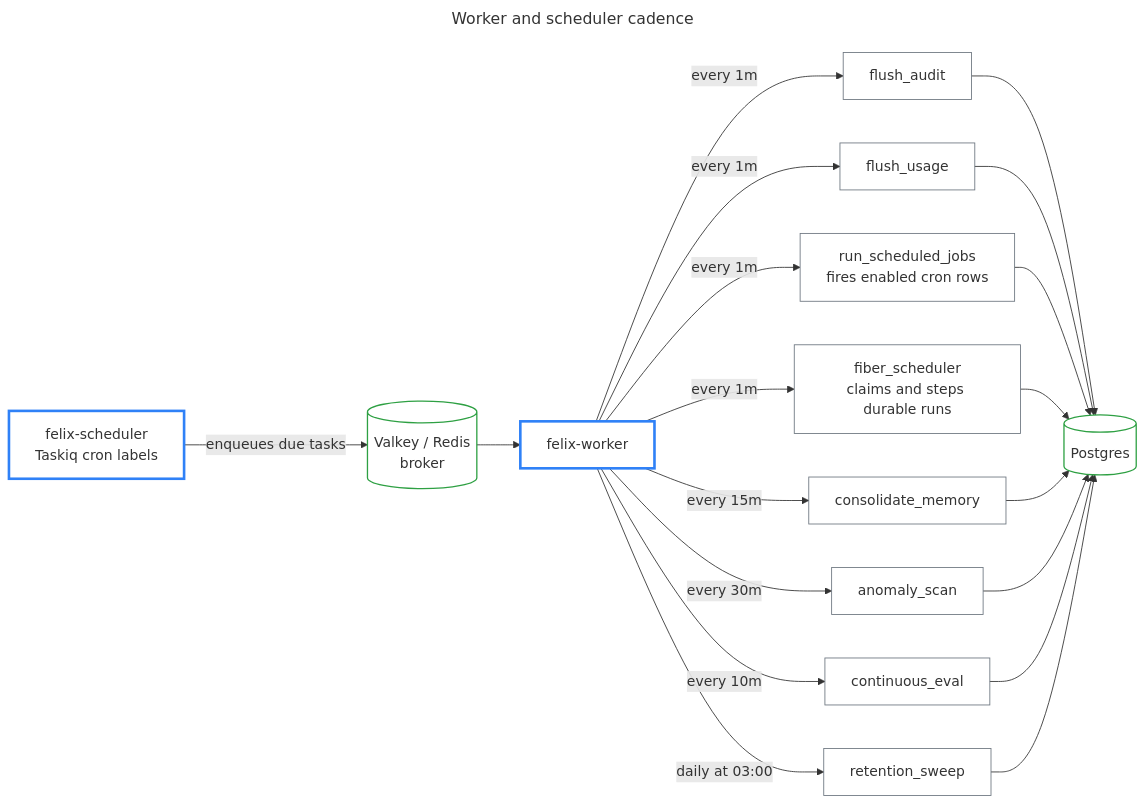
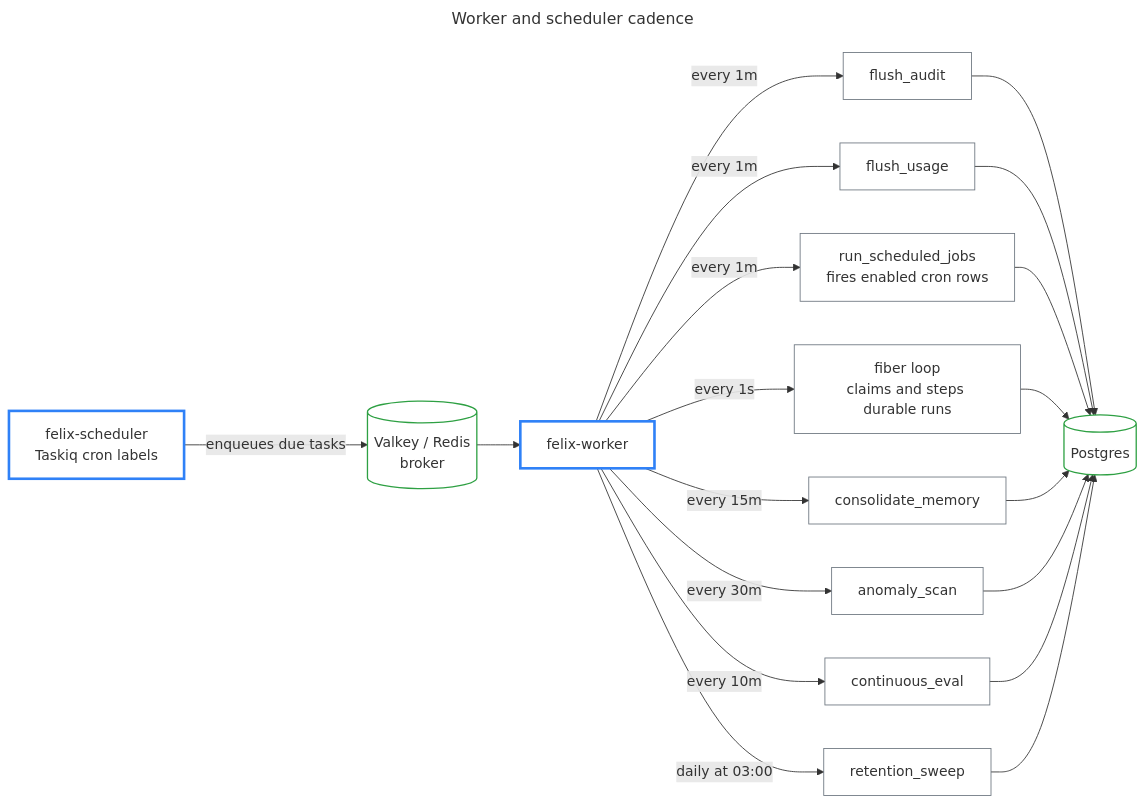
One commit to felix-run/felix changed the diagram in docs/diagrams/worker-cadence.mmd. Above: the diagram before and after it, drawn with Mermaid. The commit also changed 8 other files, not shown here.

First line of the commit message:
Start durable runs within a second, and stop one approval stalling the rest.

```diff
--- a/docs/diagrams/worker-cadence.mmd
+++ b/docs/diagrams/worker-cadence.mmd
@@ -1,37 +1,38 @@
 ---
 title: Worker and scheduler cadence
 ---
-%% Source of truth: apps/worker/src/felix_worker/tasks.py — Taskiq cron labels.
+%% Source of truth: apps/worker/src/felix_worker/tasks.py — Taskiq cron labels, plus the
+%% fiber loop `_start_fiber_loop` starts in each worker.
 flowchart LR
     accTitle: Everything periodic in Felix, and what fires it
-    accDescr: felix-scheduler holds the cron labels and felix-worker executes the tasks; running the worker without the scheduler means nothing fires at all, which is the most common deployment mistake. Seven built-in tasks run on their own cadences, and plugins that expose cron_tasks are registered at worker startup on a one-minute tick. The audit and usage flushes are the two that matter most for correctness — every other subsystem writes into their buffers and depends on this drain to reach Postgres.
+    accDescr: felix-scheduler holds the cron labels and felix-worker executes the tasks; running the worker without the scheduler means nothing fires at all, which is the most common deployment mistake. Seven built-in tasks run on their own cadences, and plugins that expose cron_tasks are registered at worker startup on a one-minute tick. Durable runs are not on the cron: each worker polls for them every FELIX_FIBER_POLL_SECONDS, one second by default, and the one-minute fiber_scheduler sweep is only the backstop. The audit and usage flushes are the two that matter most for correctness — every other subsystem writes into their buffers and depends on this drain to reach Postgres.
 
     sched["felix-scheduler<br/>Taskiq cron labels"] -->|"enqueues due tasks"| broker[("Valkey / Redis<br/>broker")]
     broker --> worker["felix-worker"]
 
     worker -->|"every 1m"| audit["flush_audit"]
     worker -->|"every 1m"| usage["flush_usage"]
     worker -->|"every 1m"| jobs["run_scheduled_jobs<br/>fires enabled cron rows"]
-    worker -->|"every 1m"| fibers["fiber_scheduler<br/>claims and steps durable runs"]
+    worker -->|"every 1s"| fibers["fiber loop<br/>claims and steps durable runs"]
     worker -->|"every 15m"| mem["consolidate_memory"]
     worker -->|"every 30m"| anom["anomaly_scan"]
     worker -->|"every 10m"| ceval["continuous_eval"]
     worker -->|"daily at 03:00"| ret["retention_sweep"]
 
     audit --> pg[("Postgres")]
     usage --> pg
     jobs --> pg
     fibers --> pg
     mem --> pg
     anom --> pg
     ceval --> pg
     ret --> pg
 
     class sched focal
     class worker focal
     class broker,pg store
     class audit,usage,jobs,fibers,mem,anom,ceval,ret primary
 
     classDef focal    fill:none,stroke:#2F81F7,stroke-width:3px
     classDef primary  fill:none,stroke:#6e7781,stroke-width:1px
     classDef store    fill:none,stroke:#2EA043,stroke-width:1.5px
```
